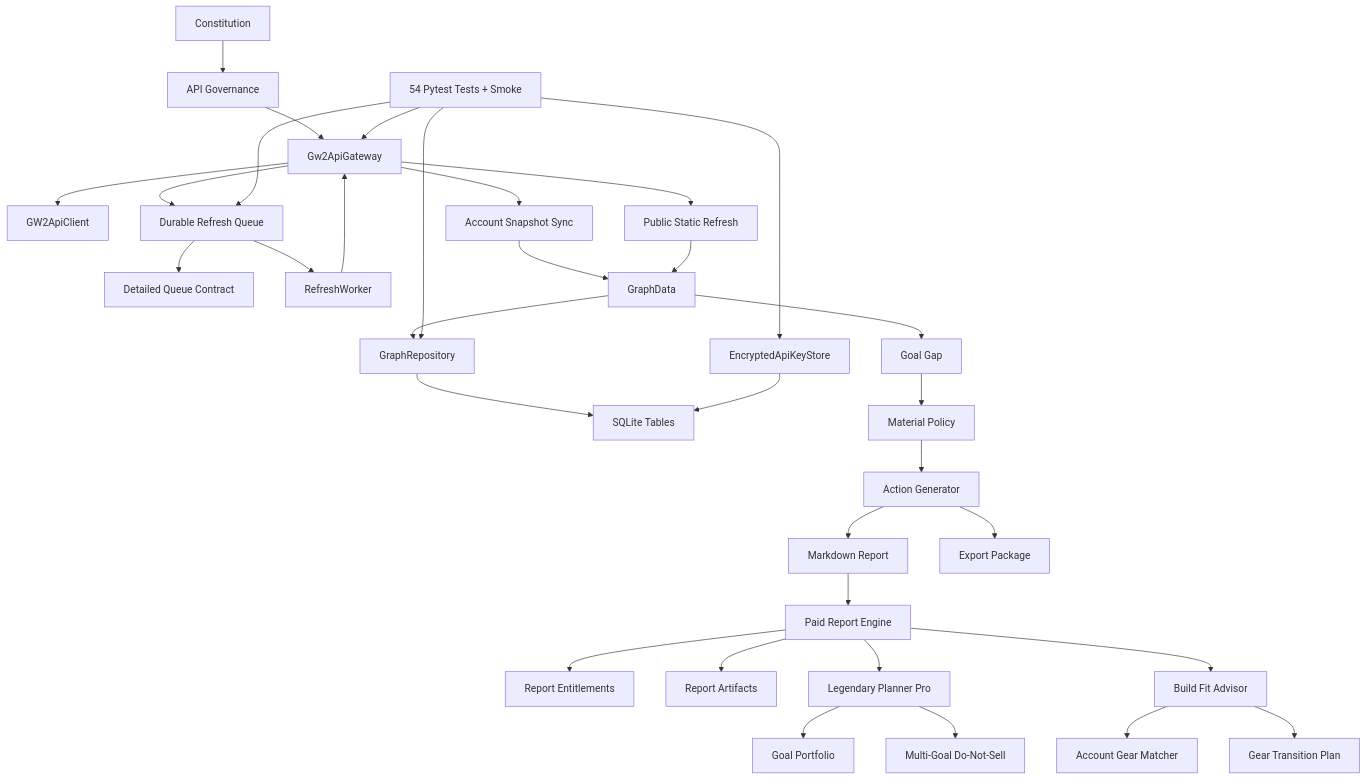
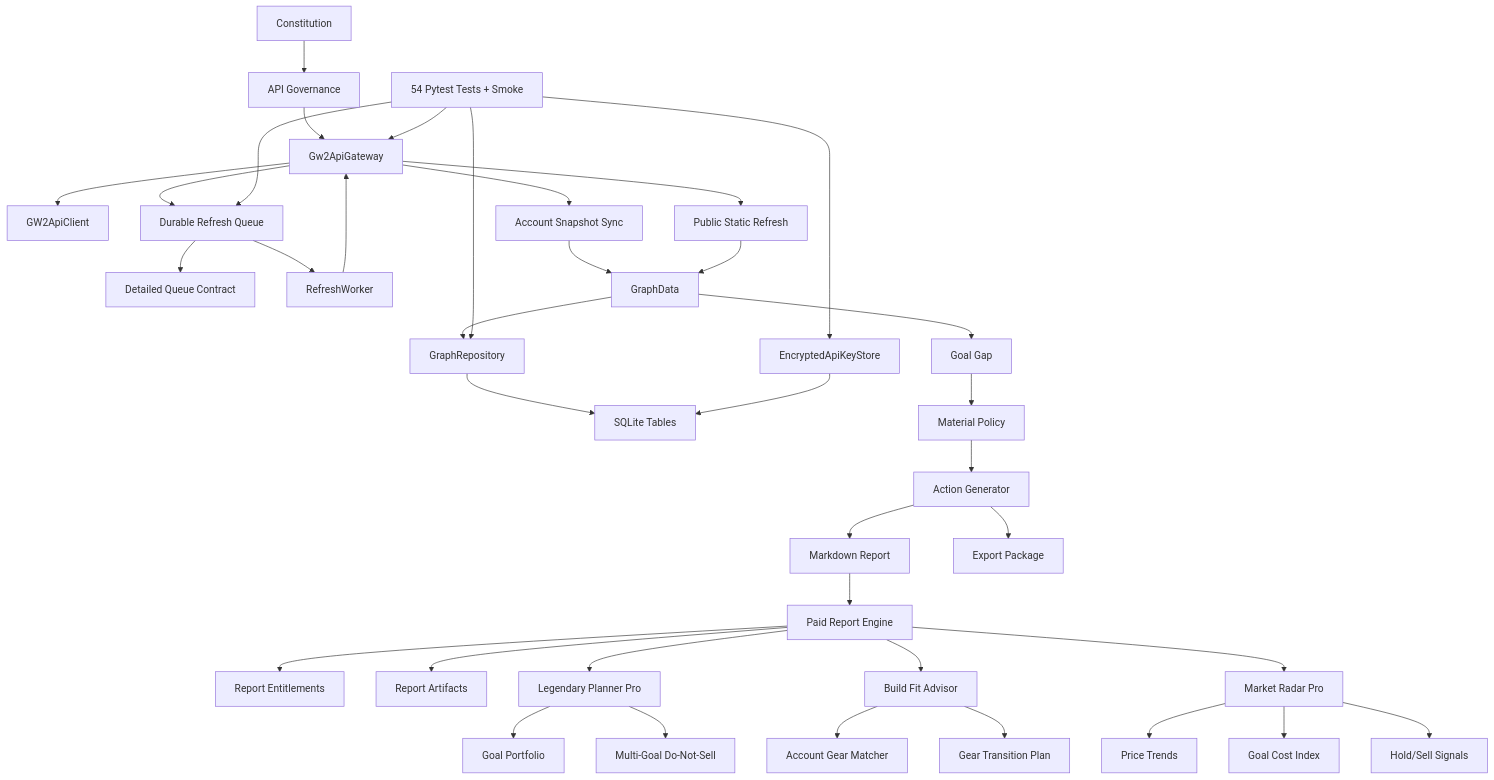
One commit to johnslee1207-commits/gw2radar changed the diagram in docs/analysis/POST_MVP_GRAPH_MATURITY_AND_ROADMAP.md. Above: the diagram before and after it, drawn with Mermaid. The commit also changed other lines of this file and 19 other files, not shown here.

Commit message:
Add market radar pro

````diff
--- a/docs/analysis/POST_MVP_GRAPH_MATURITY_AND_ROADMAP.md
+++ b/docs/analysis/POST_MVP_GRAPH_MATURITY_AND_ROADMAP.md
@@ -39,39 +39,43 @@
 ```mermaid
 flowchart TD
   Constitution["Constitution"] --> Governance["API Governance"]
   Governance --> Gateway["Gw2ApiGateway"]
   Gateway --> Client["GW2ApiClient"]
   Gateway --> Queue["Durable Refresh Queue"]
   Queue --> QueueContract["Detailed Queue Contract"]
   Queue --> Worker["RefreshWorker"]
   Worker --> Gateway
 
   Gateway --> AccountSync["Account Snapshot Sync"]
   Gateway --> PublicRefresh["Public Static Refresh"]
 
   GraphData["GraphData"] --> Repository["GraphRepository"]
   Repository --> SQLite["SQLite Tables"]
   AccountSync --> GraphData
   PublicRefresh --> GraphData
 
   GraphData --> Gap["Goal Gap"]
   Gap --> Policy["Material Policy"]
   Policy --> Actions["Action Generator"]
   Actions --> Report["Markdown Report"]
   Actions --> Package["Export Package"]
   Report --> PaidReports["Paid Report Engine"]
   PaidReports --> Entitlements["Report Entitlements"]
   PaidReports --> Artifacts["Report Artifacts"]
   PaidReports --> LegendaryPro["Legendary Planner Pro"]
   LegendaryPro --> Portfolio["Goal Portfolio"]
   LegendaryPro --> DoNotSell["Multi-Goal Do-Not-Sell"]
   PaidReports --> BuildFit["Build Fit Advisor"]
   BuildFit --> GearMatcher["Account Gear Matcher"]
   BuildFit --> TransitionPlan["Gear Transition Plan"]
+  PaidReports --> MarketRadar["Market Radar Pro"]
+  MarketRadar --> Trends["Price Trends"]
+  MarketRadar --> CostIndex["Goal Cost Index"]
+  MarketRadar --> Signals["Hold/Sell Signals"]
 
   KeyStore["EncryptedApiKeyStore"] --> SQLite
   Tests["54 Pytest Tests + Smoke"] --> Gateway
   Tests --> Queue
   Tests --> Repository
   Tests --> KeyStore
 ```
````
